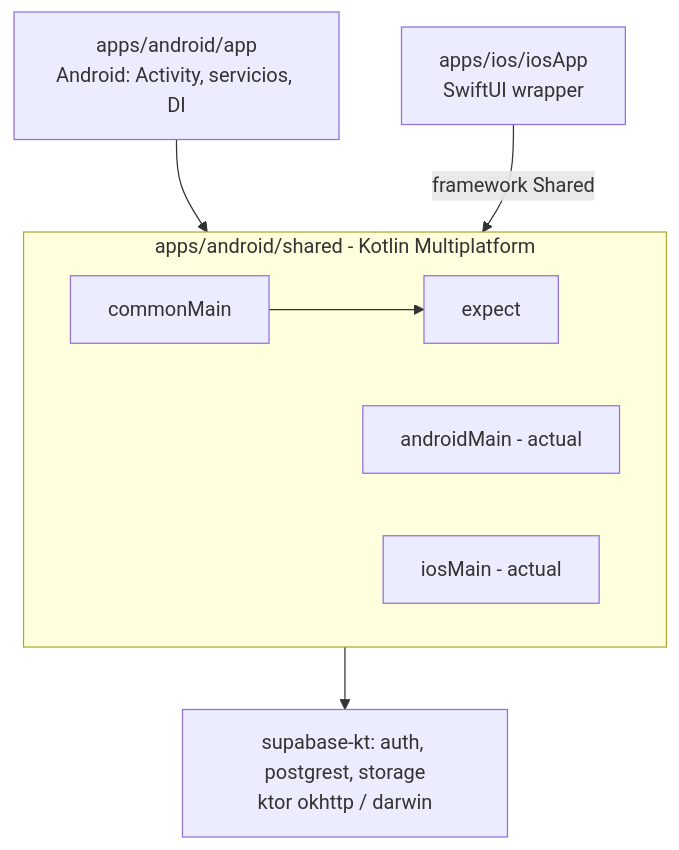
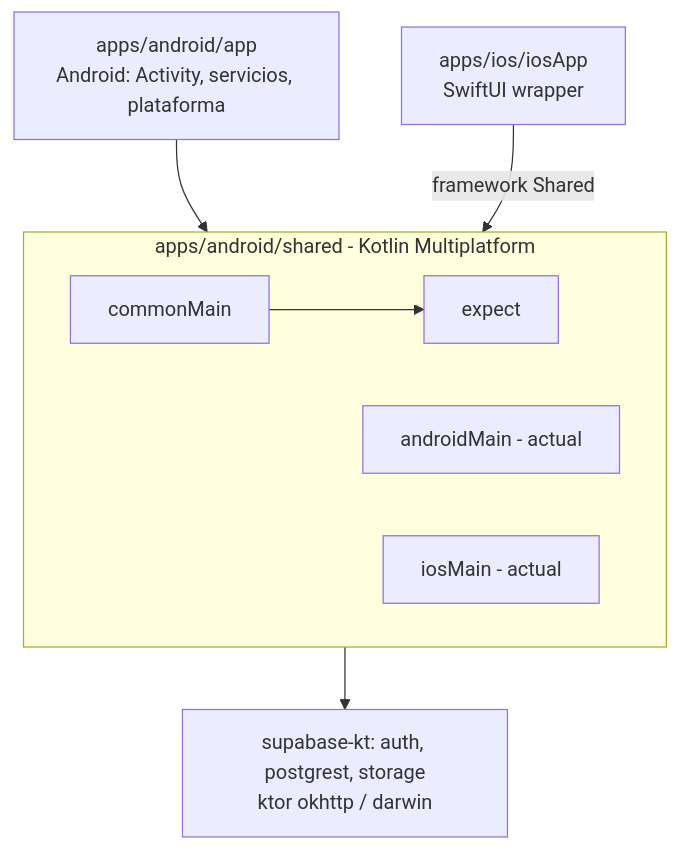
The first of 2 diagrams in docs/arquitectura/movil.md (jhonatanJJ2006/Gacelas), drawn with Mermaid before and after one commit. The commit also changed other lines of this file and 19 other files, not shown here.

````diff
--- a/docs/arquitectura/movil.md
+++ b/docs/arquitectura/movil.md
@@ -7,11 +7,11 @@
 ```mermaid
 graph TD
-    APP[apps/android/app<br/>Android: Activity, servicios, DI] --> SH
+    APP[apps/android/app<br/>Android: Activity, servicios, plataforma] --> SH
     IOS[apps/ios/iosApp<br/>SwiftUI wrapper] -->|framework Shared| SH
     subgraph SH[apps/android/shared - Kotlin Multiplatform]
         CM[commonMain] --> EXP[expect]
         AM[androidMain - actual]
         IM[iosMain - actual]
     end
     SH --> SUPA[supabase-kt: auth, postgrest, storage<br/>ktor okhttp / darwin]
 ```
````
